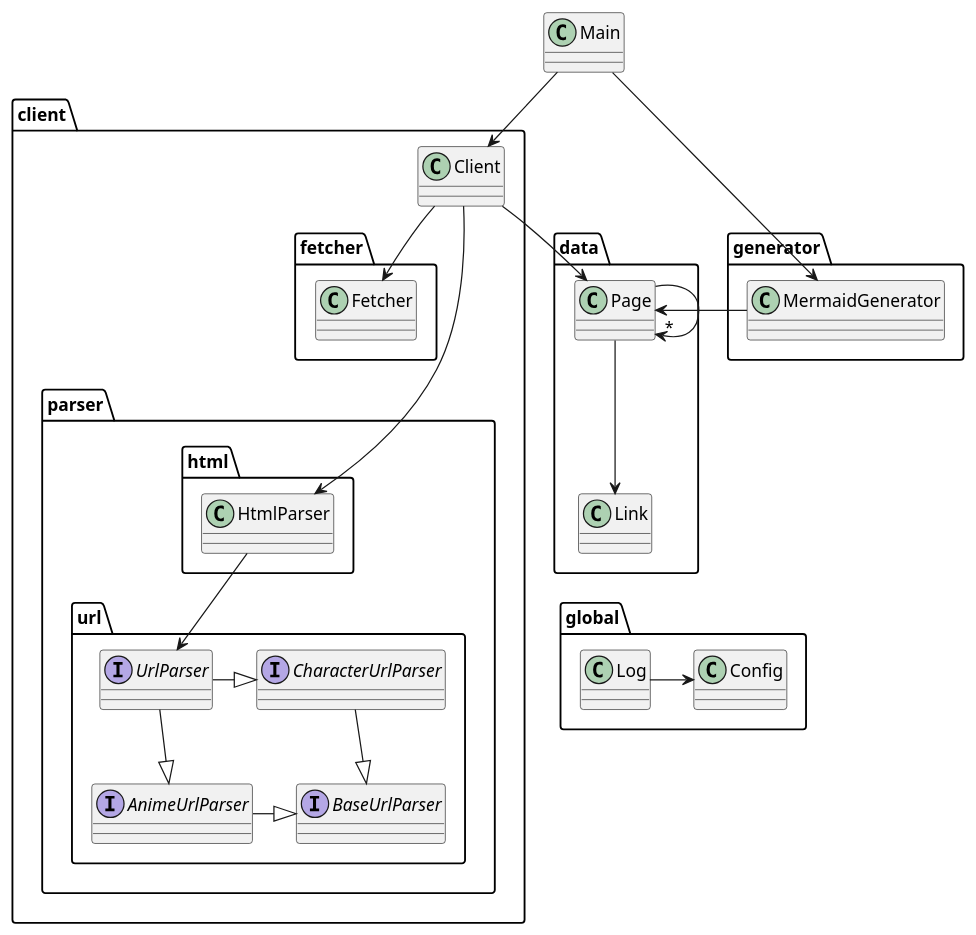
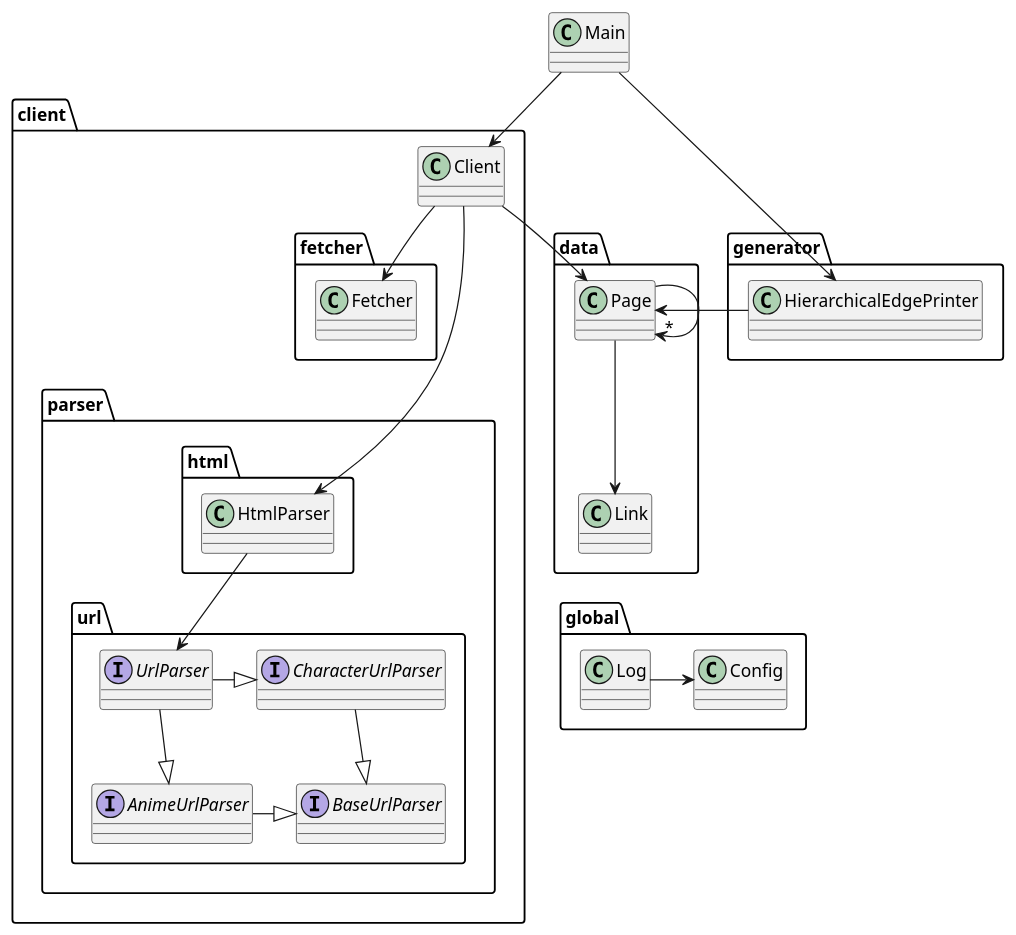
Before and after one commit to suzuki-hoge/mal-view: the diagram in mal-view-parser/implementation.puml, drawn with PlantUML. The commit also changed 3 other files, not shown here.

```diff
--- a/mal-view-parser/implementation.puml
+++ b/mal-view-parser/implementation.puml
@@ -1,66 +1,66 @@
 @startuml
 
 class Main
 
 package data {
     class Page
     class Link
 
     Page --> Link
     Page --> "*" Page
 }
 
 package global {
     class Config
     class Log
     Log -r-> Config
 }
 
 package generator {
-    class MermaidGenerator
+    class HierarchicalEdgePrinter
 }
 
 package client {
     class Client
 
     package fetcher {
         class Fetcher
     }
 
     package parser {
         package html {
             class HtmlParser {
             }
         }
 
         package url {
             interface BaseUrlParser {
             }
             interface AnimeUrlParser {
             }
             interface CharacterUrlParser {
             }
             interface UrlParser {
             }
             UrlParser -r-|> AnimeUrlParser
             UrlParser -r-|> CharacterUrlParser
             AnimeUrlParser -r-|> BaseUrlParser
             CharacterUrlParser --|> BaseUrlParser
         }
 
         HtmlParser -d-> UrlParser
     }
 
     Client -d-> Fetcher
     Client -d--> HtmlParser
 }
 
 Main -d-> Client
-Main -d-> MermaidGenerator
+Main -d-> HierarchicalEdgePrinter
 
 Client --> Page
-MermaidGenerator -r-> Page
+HierarchicalEdgePrinter -r-> Page
 
 Link -[hidden]d-> Log
 
 @enduml
```
